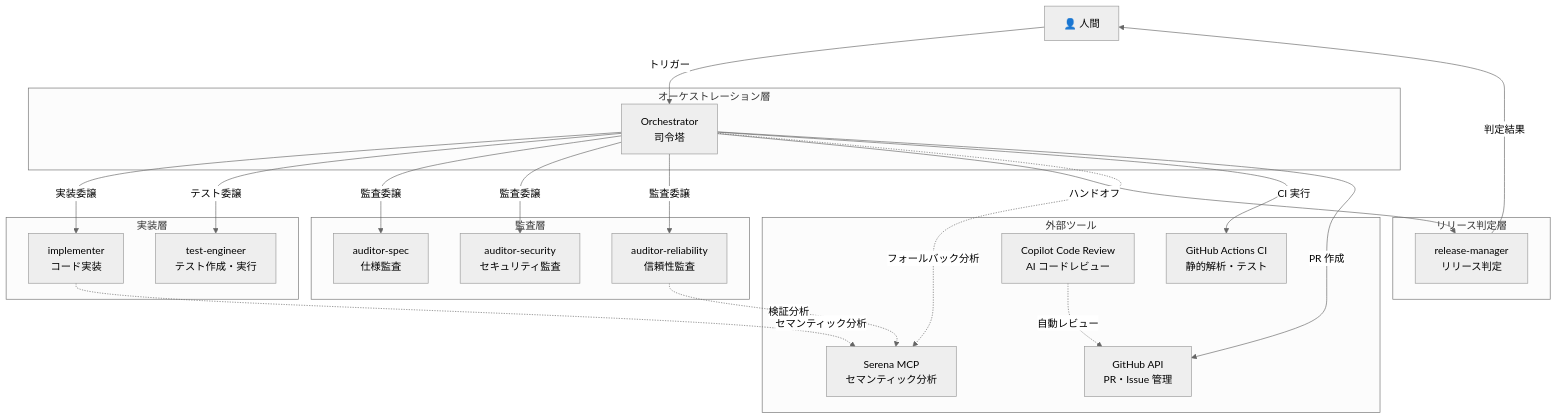
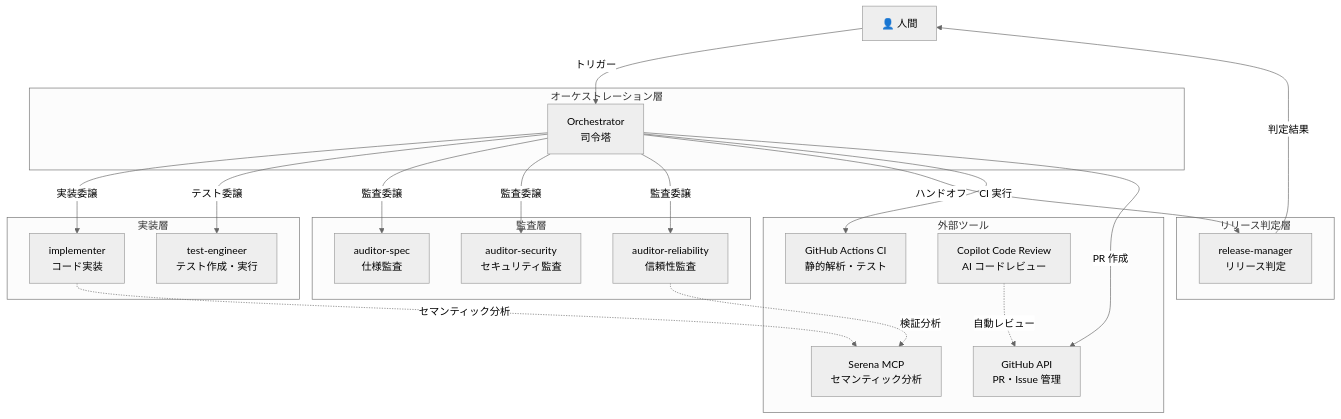
One commit to KosGit-ti/dev-orchestration-template changed the first of 5 diagrams in docs/orchestration.md. Above: the diagram before and after it, drawn with Mermaid (neutral theme). The commit also changed other lines of this file and 10 other files, not shown here.

````diff
--- a/docs/orchestration.md
+++ b/docs/orchestration.md
@@ -44,47 +44,46 @@
 ```mermaid
 graph TB
     Human[👤 人間]
 
     subgraph "オーケストレーション層"
         Orch[Orchestrator<br/>司令塔]
     end
 
     subgraph "実装層"
         Impl[implementer<br/>コード実装]
         Test[test-engineer<br/>テスト作成・実行]
     end
 
     subgraph "監査層"
         AuditSpec[auditor-spec<br/>仕様監査]
         AuditSec[auditor-security<br/>セキュリティ監査]
         AuditRel[auditor-reliability<br/>信頼性監査]
     end
 
     subgraph "リリース判定層"
         RM[release-manager<br/>リリース判定]
     end
 
     subgraph "外部ツール"
         Serena[Serena MCP<br/>セマンティック分析]
         CI[GitHub Actions CI<br/>静的解析・テスト]
         CopilotReview[Copilot Code Review<br/>AI コードレビュー]
         GH[GitHub API<br/>PR・Issue 管理]
     end
 
     Human -->|トリガー| Orch
     Orch -->|実装委譲| Impl
     Orch -->|テスト委譲| Test
     Orch -->|監査委譲| AuditSpec
     Orch -->|監査委譲| AuditSec
     Orch -->|監査委譲| AuditRel
     Orch -->|ハンドオフ| RM
     RM -->|判定結果| Human
 
     Impl -.->|セマンティック分析| Serena
-    Orch -.->|フォールバック分析| Serena
     AuditRel -.->|検証分析| Serena
 
     Orch -->|CI 実行| CI
     Orch -->|PR 作成| GH
     CopilotReview -.->|自動レビュー| GH
 ```
````
